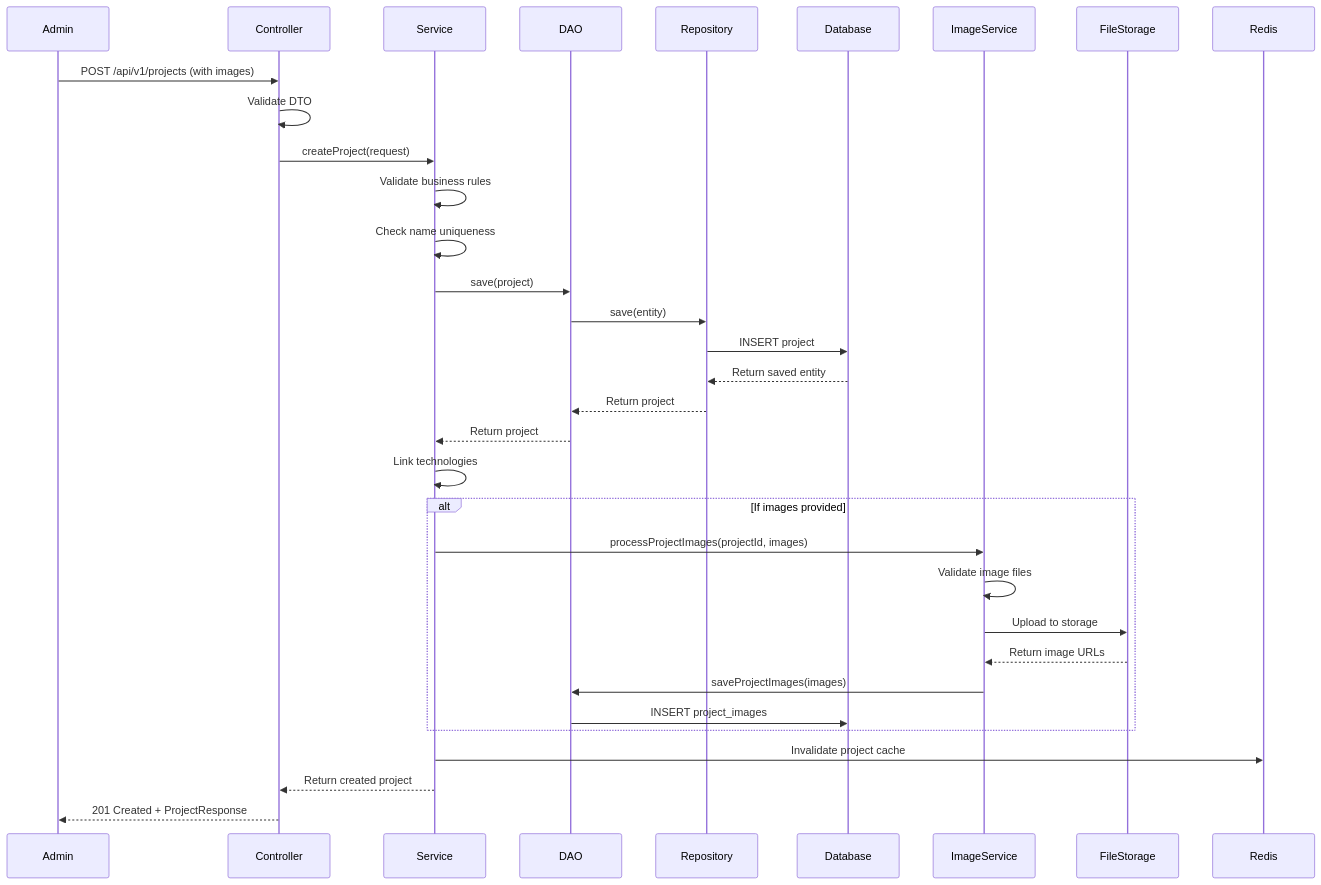
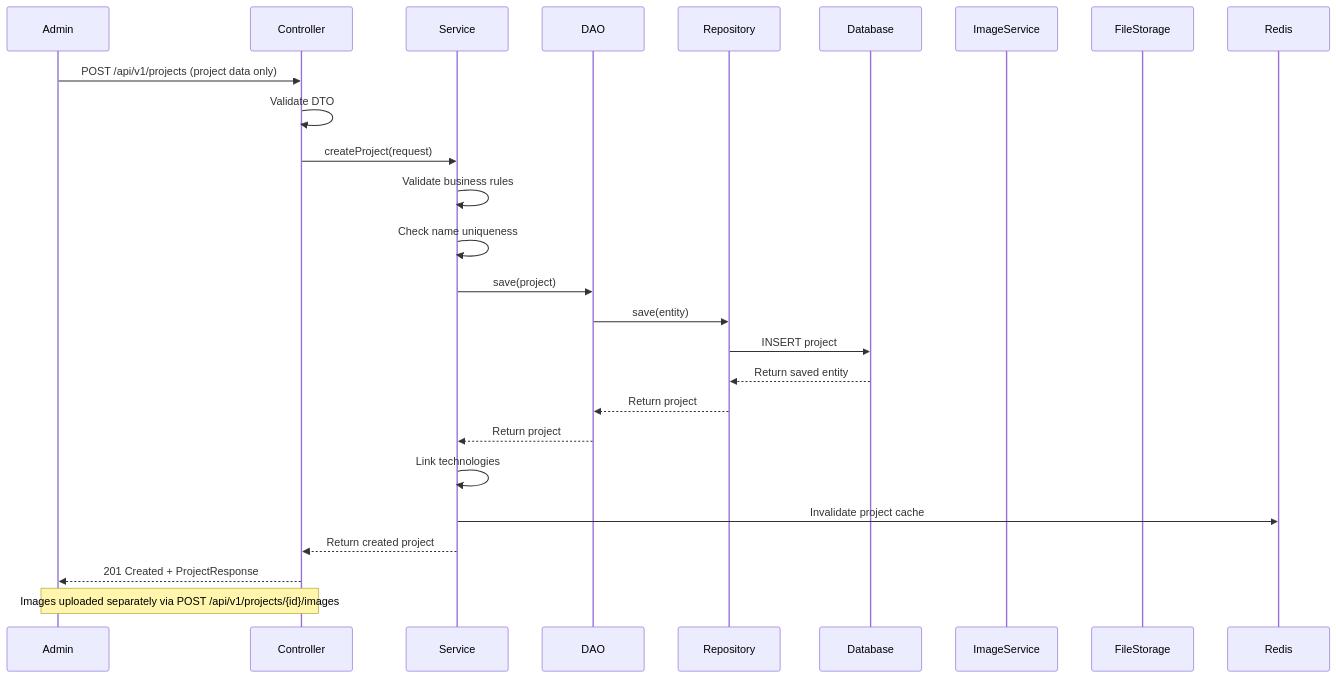
Before and after one commit to caseythecoder90/personal-website-backend: the first of 14 diagrams in docs/api/API_FLOWS.md, drawn with Mermaid. The commit also changed other lines of this file and 5 other files, not shown here.

````diff
--- a/docs/api/API_FLOWS.md
+++ b/docs/api/API_FLOWS.md
@@ -9,38 +9,30 @@
 ```mermaid
 sequenceDiagram
     participant A as Admin
     participant C as Controller
     participant S as Service
     participant D as DAO
     participant R as Repository
     participant DB as Database
     participant IS as ImageService
     participant FS as FileStorage
     participant Cache as Redis
 
-    A->>C: POST /api/v1/projects (with images)
+    A->>C: POST /api/v1/projects (project data only)
     C->>C: Validate DTO
     C->>S: createProject(request)
     S->>S: Validate business rules
     S->>S: Check name uniqueness
     S->>D: save(project)
     D->>R: save(entity)
     R->>DB: INSERT project
     DB-->>R: Return saved entity
     R-->>D: Return project
     D-->>S: Return project
     S->>S: Link technologies
-    
-    alt If images provided
-        S->>IS: processProjectImages(projectId, images)
-        IS->>IS: Validate image files
-        IS->>FS: Upload to storage
-        FS-->>IS: Return image URLs
-        IS->>D: saveProjectImages(images)
-        D->>DB: INSERT project_images
-    end
-    
     S->>Cache: Invalidate project cache
     S-->>C: Return created project
     C-->>A: 201 Created + ProjectResponse
+    
+    Note over A,C: Images uploaded separately via POST /api/v1/projects/{id}/images
 ```
````
